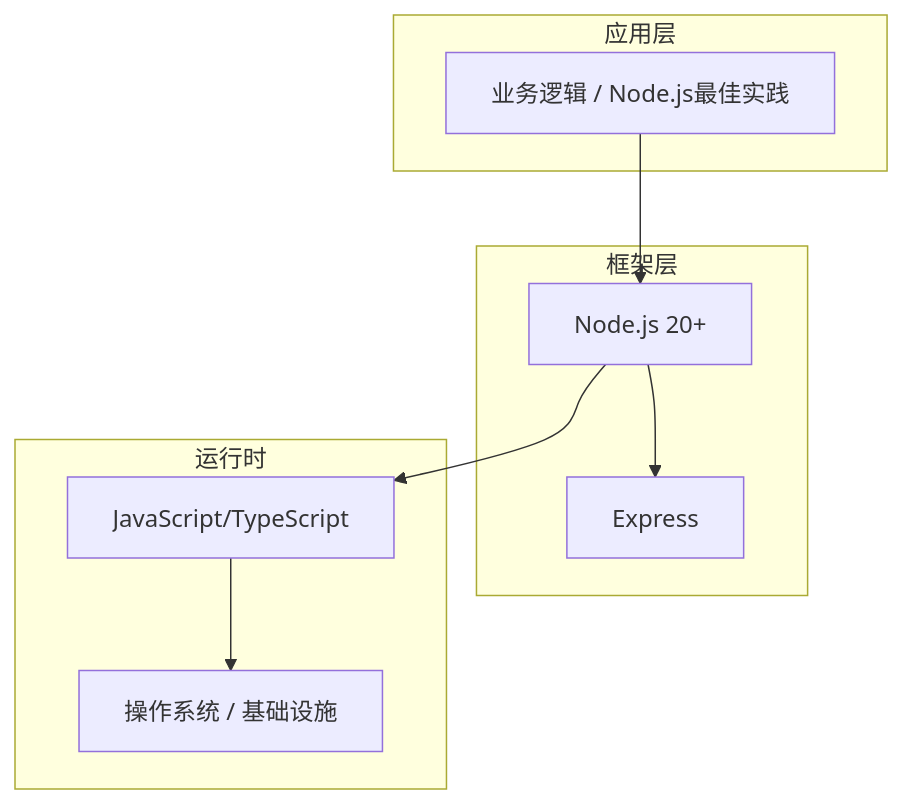
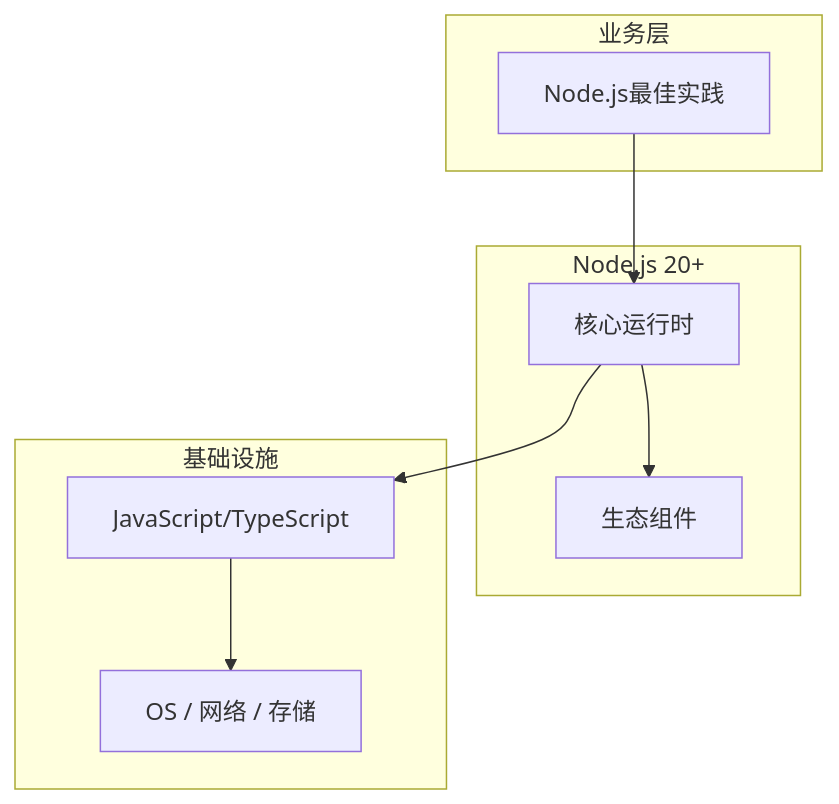
Before and after one commit to yanggan2015/knowledge-json-v2: the diagram in articles/Node.js/chapters/114-Node.js最佳实践核心概念与原理.md, drawn with Mermaid. The commit also changed other lines of this file and 10127 other files, not shown here.

````diff
--- a/articles/Node.js/chapters/114-Node.js最佳实践核心概念与原理.md
+++ b/articles/Node.js/chapters/114-Node.js最佳实践核心概念与原理.md
@@ -45,18 +34,18 @@
 ```mermaid
 graph TB
-    subgraph 应用层
-        A[业务逻辑 / Node.js最佳实践]
+    subgraph 业务层
+        A[Node.js最佳实践]
     end
-    subgraph 框架层
-        B[Node.js 20+]
-        C[Express]
+    subgraph Node.js 20+
+        B[核心运行时]
+        C[生态组件]
     end
-    subgraph 运行时
+    subgraph 基础设施
         D[JavaScript/TypeScript]
-        E[操作系统 / 基础设施]
+        E[OS / 网络 / 存储]
     end
     A --> B
     B --> C
     B --> D
     D --> E
 ```
````
